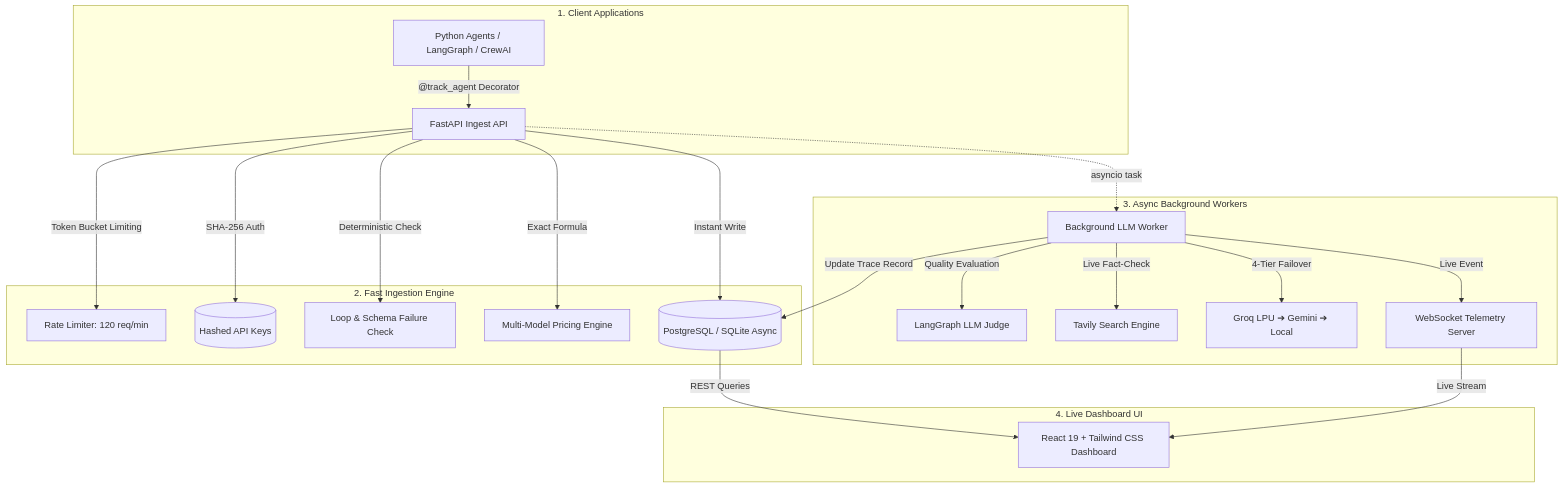
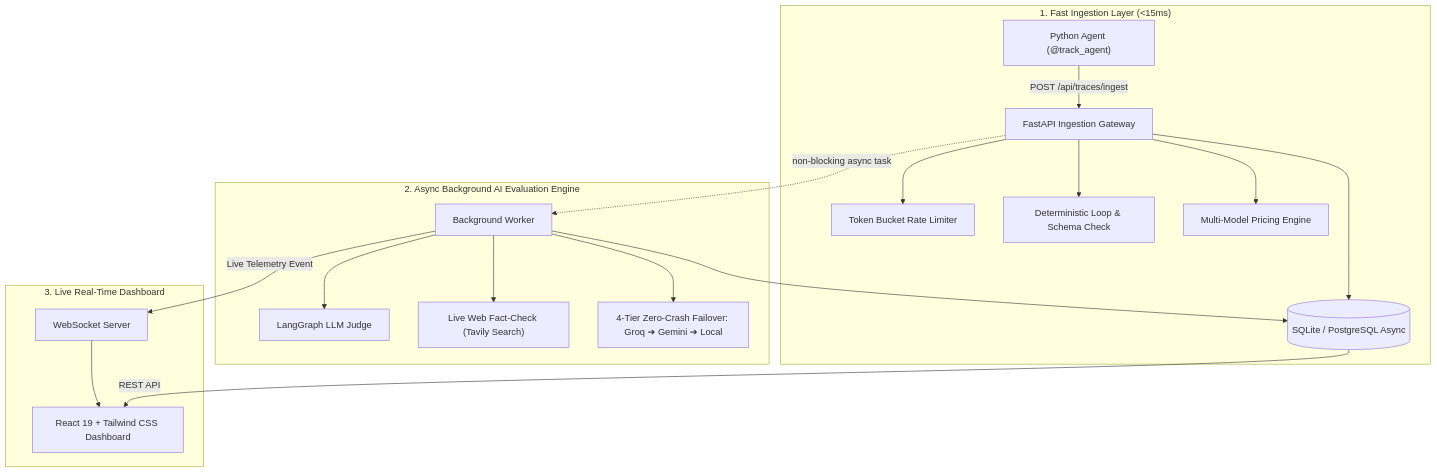
One commit to mehtab-shah-ai/Agentops changed the third of 3 diagrams in README.md. Above: the diagram before and after it, drawn with Mermaid. The commit also changed other lines of this file, not shown here.

Commit message:
docs: redesign diagrams with 3-pillar flowchart, simple terms table and vertical architecture

````diff
--- a/README.md
+++ b/README.md
@@ -76,28 +95,24 @@
 ```mermaid
-graph TD
-    subgraph Client_App["1. Client Applications"]
-        PythonApp[Python Agents / LangGraph / CrewAI] -->|"@track_agent Decorator"| IngestEndpoint[FastAPI Ingest API]
+flowchart TD
+    subgraph Ingestion["1. Fast Ingestion Layer (<15ms)"]
+        SDK["Python Agent (@track_agent)"] -->|"POST /api/traces/ingest"| API["FastAPI Ingestion Gateway"]
+        API --> Rate["Token Bucket Rate Limiter"]
+        API --> Loop["Deterministic Loop & Schema Check"]
+        API --> Price["Multi-Model Pricing Engine"]
+        API --> DB[(SQLite / PostgreSQL Async)]
     end
 
-    subgraph Ingestion_Engine["2. Fast Ingestion Engine"]
-        IngestEndpoint -->|Token Bucket Limiting| RateLimiter[Rate Limiter: 120 req/min]
-        IngestEndpoint -->|SHA-256 Auth| KeyStore[(Hashed API Keys)]
-        IngestEndpoint -->|Deterministic Check| FastDetector[Loop & Schema Failure Check]
-        IngestEndpoint -->|Exact Formula| CostEngine[Multi-Model Pricing Engine]
-        IngestEndpoint -->|Instant Write| Database[(PostgreSQL / SQLite Async)]
+    subgraph Workers["2. Async Background AI Evaluation Engine"]
+        API -.->|"non-blocking async task"| Worker["Background Worker"]
+        Worker --> LangGraph["LangGraph LLM Judge"]
+        Worker --> Tavily["Live Web Fact-Check (Tavily Search)"]
+        Worker --> Failover["4-Tier Zero-Crash Failover: Groq ➔ Gemini ➔ Local"]
+        Worker --> DB
     end
 
-    subgraph Workers["3. Async Background Workers"]
-        IngestEndpoint -.->|asyncio task| BackgroundWorker[Background LLM Worker]
-        BackgroundWorker -->|Quality Evaluation| LangGraphJudge[LangGraph LLM Judge]
-        BackgroundWorker -->|Live Fact-Check| TavilySearch[Tavily Search Engine]
-        BackgroundWorker -->|4-Tier Failover| LLMPool[Groq LPU ➔ Gemini ➔ Local]
-        BackgroundWorker -->|Update Trace Record| Database
-        BackgroundWorker -->|Live Event| WSBroker[WebSocket Telemetry Server]
-    end
-
-    subgraph Frontend_UI["4. Live Dashboard UI"]
-        WSBroker -->|Live Stream| ReactDashboard[React 19 + Tailwind CSS Dashboard]
-        Database -->|REST Queries| ReactDashboard
+    subgraph UI_Layer["3. Live Real-Time Dashboard"]
+        Worker -->|"Live Telemetry Event"| WS["WebSocket Server"]
+        WS --> Dashboard["React 19 + Tailwind CSS Dashboard"]
+        DB -->|"REST API"| Dashboard
     end
 ```
````
